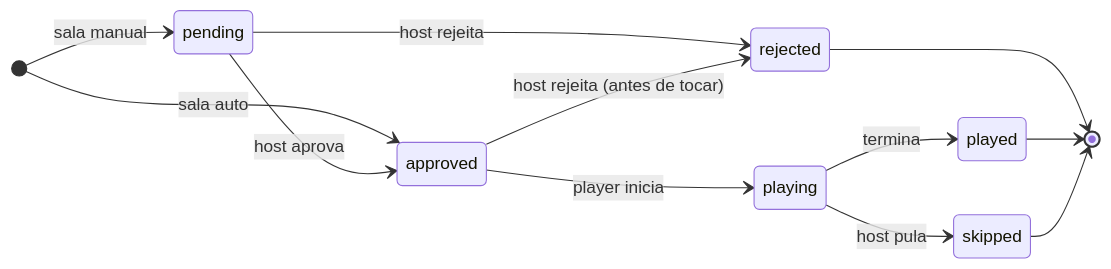
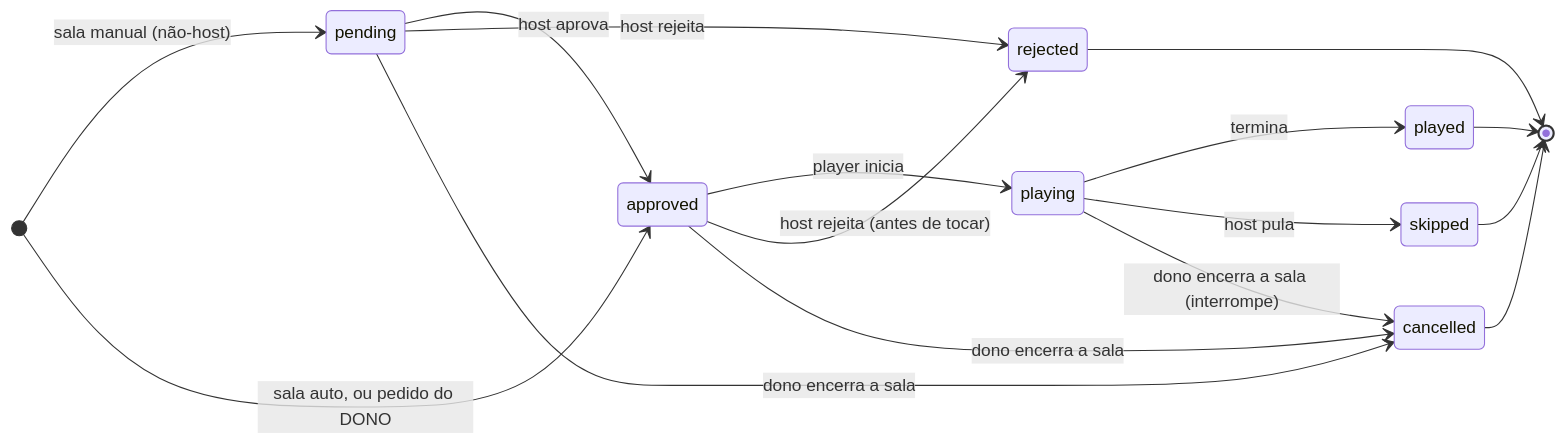
Before and after one commit to cavalcanteprofissional/karaoke-flow: the third of 5 diagrams in docs/flows/banco-de-dados.md, drawn with Mermaid. The commit also changed other lines of this file and 23 other files, not shown here.

First line of the commit message:
feat: OAuth Google/busca por-host de ponta a ponta + encerrar sala (Fase 4.5)

````diff
--- a/docs/flows/banco-de-dados.md
+++ b/docs/flows/banco-de-dados.md
@@ -163,15 +166,19 @@
 ```mermaid
 stateDiagram-v2
     direction LR
-    [*] --> pending: sala manual
-    [*] --> approved: sala auto
+    [*] --> pending: sala manual (não-host)
+    [*] --> approved: sala auto, ou pedido do DONO
     pending --> approved: host aprova
     pending --> rejected: host rejeita
     approved --> playing: player inicia
     approved --> rejected: host rejeita (antes de tocar)
     playing --> played: termina
     playing --> skipped: host pula
+    pending --> cancelled: dono encerra a sala
+    approved --> cancelled: dono encerra a sala
+    playing --> cancelled: dono encerra a sala (interrompe)
     rejected --> [*]
     played --> [*]
     skipped --> [*]
+    cancelled --> [*]
 ```
````
